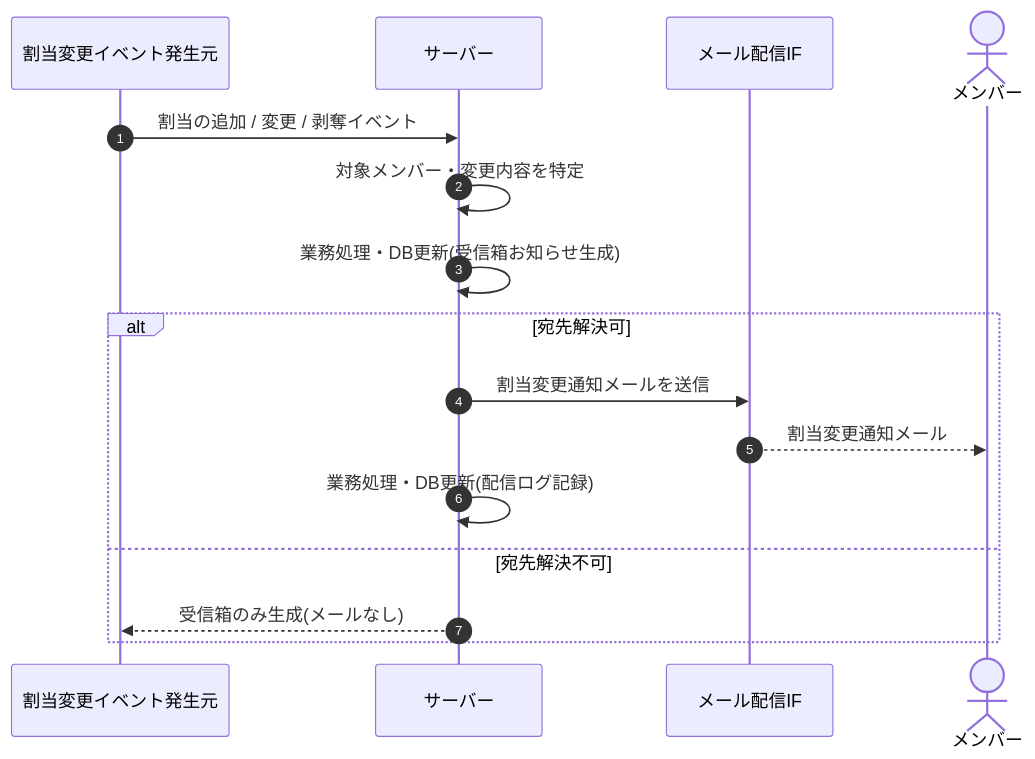
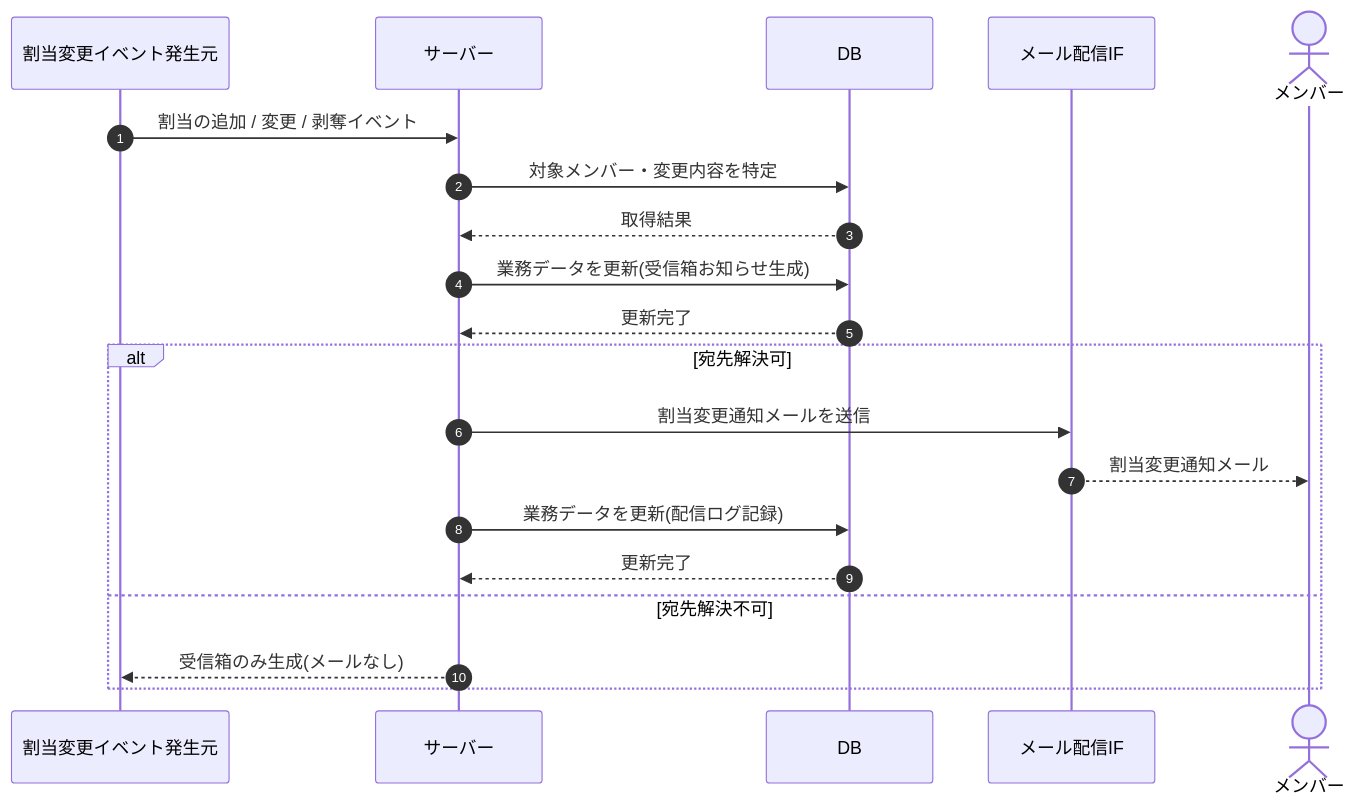
One commit to sikakou54/open-faq changed the diagram in 02_basic_design/03_sequences/SEQ-096.md. Above: the diagram before and after it, drawn with Mermaid. The commit also changed other lines of this file and 122 other files, not shown here.

First line of the commit message:
シーケンス図に DB アクターを追加(DB 操作をサーバー自己メッセージから分離)

````diff
--- a/02_basic_design/03_sequences/SEQ-096.md
+++ b/02_basic_design/03_sequences/SEQ-096.md
@@ -26,18 +26,22 @@
 ```mermaid
 sequenceDiagram
   autonumber
   participant E as 割当変更イベント発生元
   participant Server as サーバー
+  participant DB as DB
   participant MAIL as メール配信IF
   actor M as メンバー
   E->>Server: 割当の追加 / 変更 / 剥奪イベント
-  Server->>Server: 対象メンバー・変更内容を特定
-  Server->>Server: 業務処理・DB更新(受信箱お知らせ生成)
+  Server->>DB: 対象メンバー・変更内容を特定
+  DB-->>Server: 取得結果
+  Server->>DB: 業務データを更新(受信箱お知らせ生成)
+  DB-->>Server: 更新完了
   alt 宛先解決可
     Server->>MAIL: 割当変更通知メールを送信
     MAIL-->>M: 割当変更通知メール
-    Server->>Server: 業務処理・DB更新(配信ログ記録)
+    Server->>DB: 業務データを更新(配信ログ記録)
+    DB-->>Server: 更新完了
   else 宛先解決不可
     Server-->>E: 受信箱のみ生成(メールなし)
   end
 ```
````
